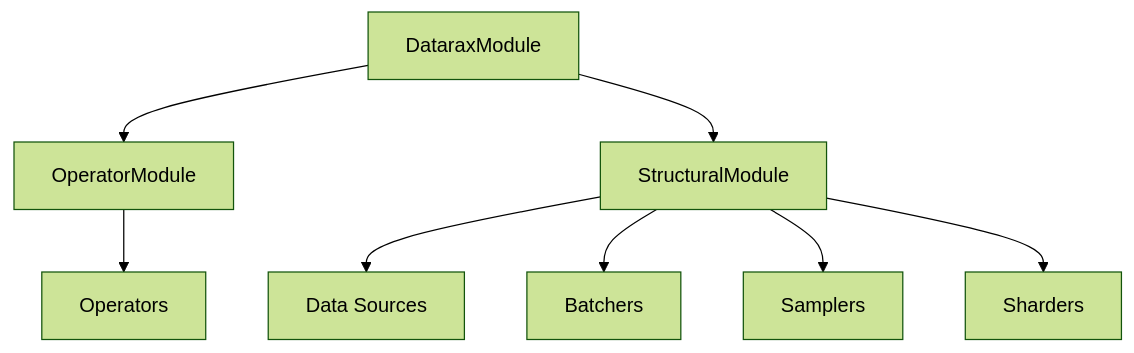
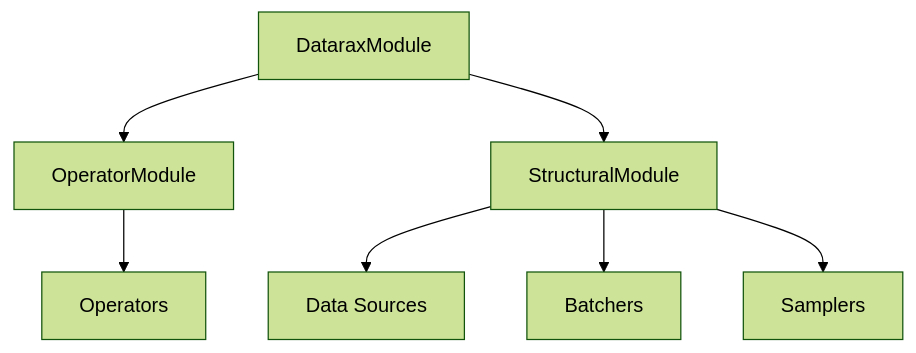
Before and after one commit to avitai/datarax: the diagram in docs/getting_started/core_concepts.md, drawn with Mermaid (forest theme). The commit also changed other lines of this file and 6 other files, not shown here.

````diff
--- a/docs/getting_started/core_concepts.md
+++ b/docs/getting_started/core_concepts.md
@@ -15,10 +15,9 @@
 ```mermaid
 graph TD
     A[DataraxModule] --> B[OperatorModule]
     A[DataraxModule] --> C[StructuralModule]
     B --> D[Operators]
     C --> E[Data Sources]
     C --> F[Batchers]
     C --> G[Samplers]
-    C --> H[Sharders]
 ```
````
